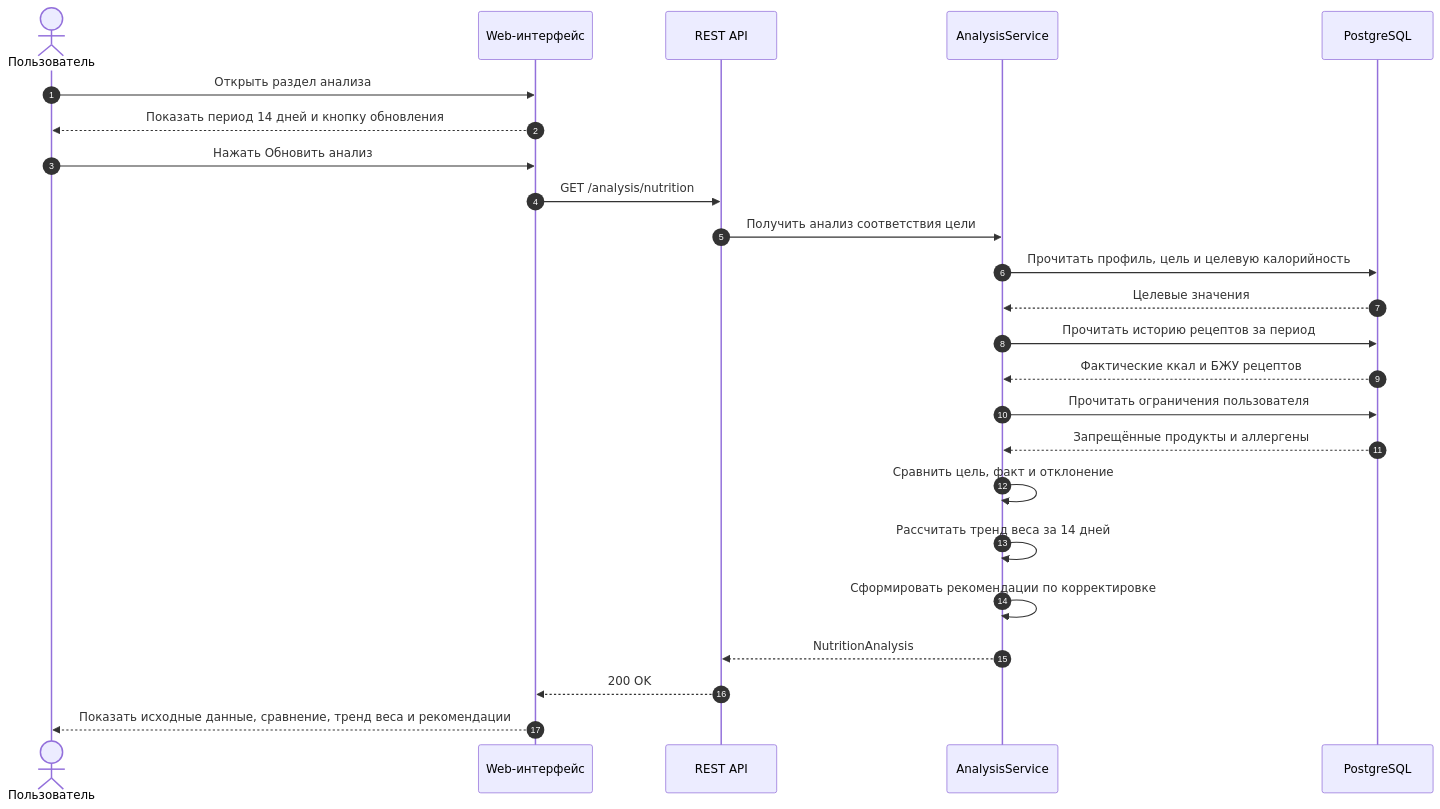
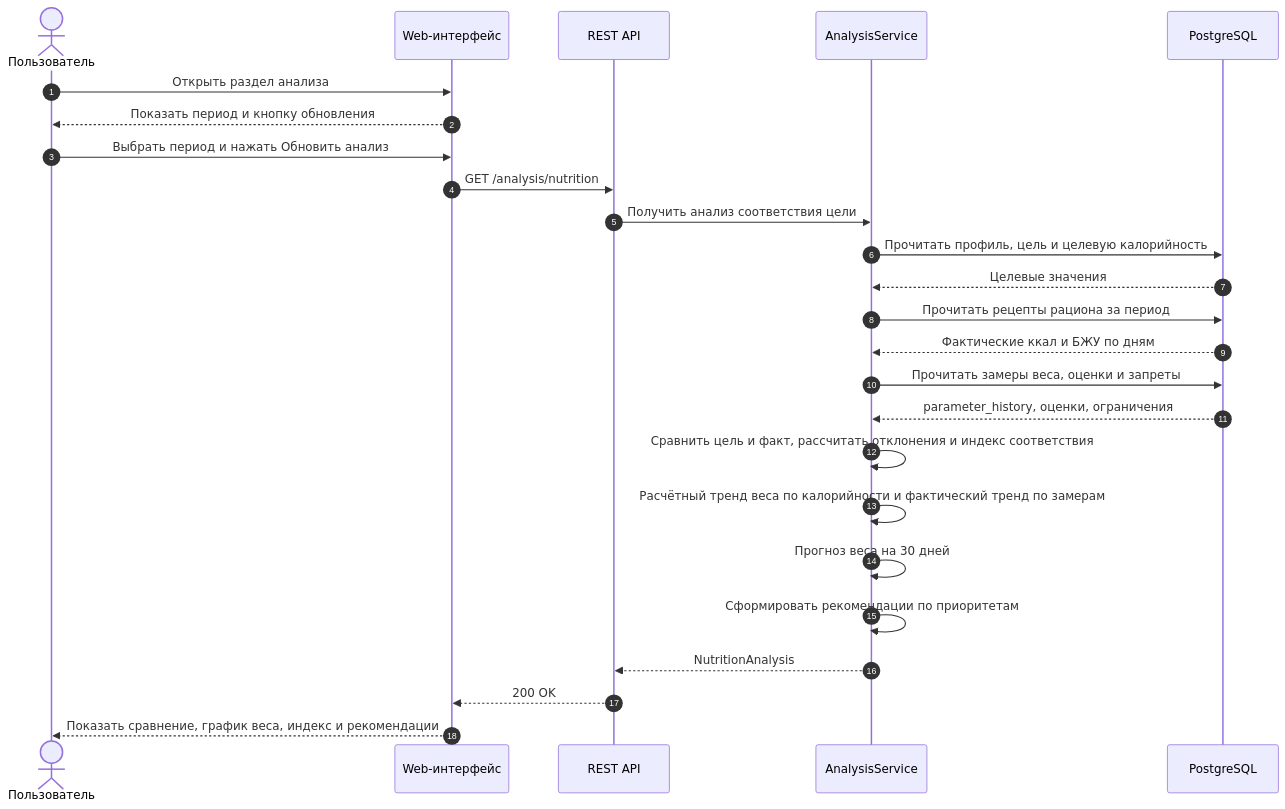
One commit to Skipl1/ASOIU changed the diagram in Optimization-Methods/laba_2/diagrams/Posledovatelnost/08_Анализ_соответствия_рациона_цели.mmd. Above: the diagram before and after it, drawn with Mermaid. The commit also changed 54 other files, not shown here.

```diff
--- a/Optimization-Methods/laba_2/diagrams/Posledovatelnost/08_Анализ_соответствия_рациона_цели.mmd
+++ b/Optimization-Methods/laba_2/diagrams/Posledovatelnost/08_Анализ_соответствия_рациона_цели.mmd
@@ -1,25 +1,27 @@
+%%{init: {"sequence": {"actorMargin": 18, "messageMargin": 22, "boxMargin": 6}}}%%
 sequenceDiagram
     autonumber
     actor U as Пользователь
     participant Web as Web-интерфейс
     participant API as REST API
     participant Analysis as AnalysisService
     participant DB as PostgreSQL
 
     U->>Web: Открыть раздел анализа
-    Web-->>U: Показать период 14 дней и кнопку обновления
-    U->>Web: Нажать Обновить анализ
+    Web-->>U: Показать период и кнопку обновления
+    U->>Web: Выбрать период и нажать Обновить анализ
     Web->>API: GET /analysis/nutrition
     API->>Analysis: Получить анализ соответствия цели
     Analysis->>DB: Прочитать профиль, цель и целевую калорийность
     DB-->>Analysis: Целевые значения
-    Analysis->>DB: Прочитать историю рецептов за период
-    DB-->>Analysis: Фактические ккал и БЖУ рецептов
-    Analysis->>DB: Прочитать ограничения пользователя
-    DB-->>Analysis: Запрещённые продукты и аллергены
-    Analysis->>Analysis: Сравнить цель, факт и отклонение
-    Analysis->>Analysis: Рассчитать тренд веса за 14 дней
-    Analysis->>Analysis: Сформировать рекомендации по корректировке
+    Analysis->>DB: Прочитать рецепты рациона за период
+    DB-->>Analysis: Фактические ккал и БЖУ по дням
+    Analysis->>DB: Прочитать замеры веса, оценки и запреты
+    DB-->>Analysis: parameter_history, оценки, ограничения
+    Analysis->>Analysis: Сравнить цель и факт, рассчитать отклонения и индекс соответствия
+    Analysis->>Analysis: Расчётный тренд веса по калорийности и фактический тренд по замерам
+    Analysis->>Analysis: Прогноз веса на 30 дней
+    Analysis->>Analysis: Сформировать рекомендации по приоритетам
     Analysis-->>API: NutritionAnalysis
     API-->>Web: 200 OK
-    Web-->>U: Показать исходные данные, сравнение, тренд веса и рекомендации
+    Web-->>U: Показать сравнение, график веса, индекс и рекомендации
```
